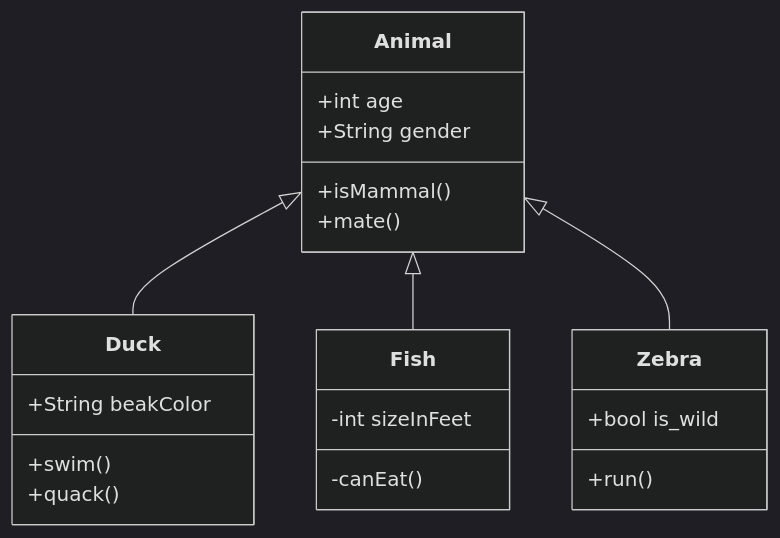
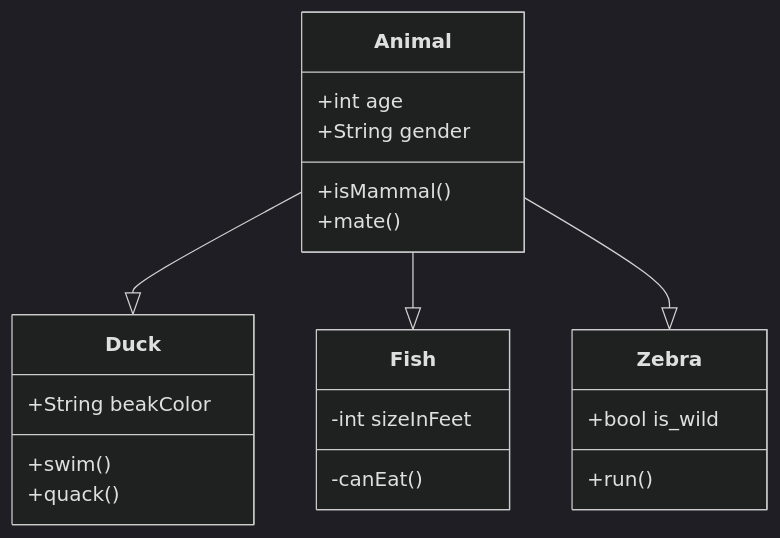
One commit to casheridan/My-Mega-Vault changed the second of 7 diagrams in Resources/Graph Examples.md. Above: the diagram before and after it, drawn with Mermaid (dark theme). The commit also changed 42 other files, not shown here.

````diff
--- a/Resources/Graph Examples.md
+++ b/Resources/Graph Examples.md
@@ -19,23 +19,23 @@
 ```mermaid
 classDiagram
-	Animal<|--Duck
-	Animal<|--Fish
-	Animal<|--Zebra
+	Animal--|>Duck
+	Animal--|>Fish
+	Animal--|>Zebra
 	Animal : +int age
 	Animal : +String gender
 	Animal : +isMammal()
 	Animal : +mate()
 	class Duck {
 		+String beakColor
 		+swim()
 		+quack()
     }
 	class Fish {
 		-int sizeInFeet
 		-canEat()
 	}
 	class Zebra {
 		+bool is_wild
 		+run()
 	}
 ```
````
